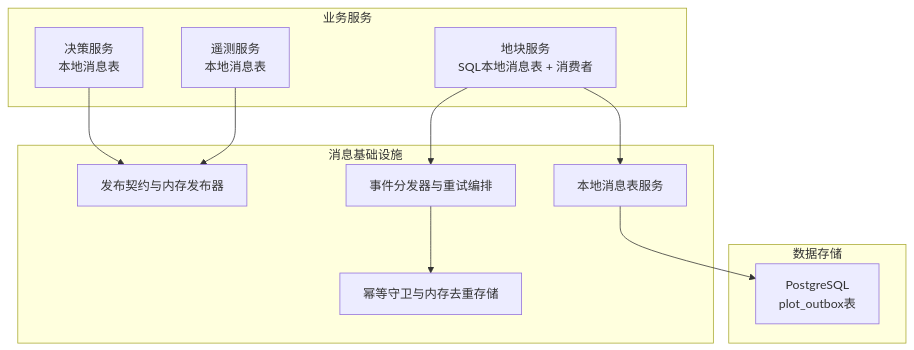
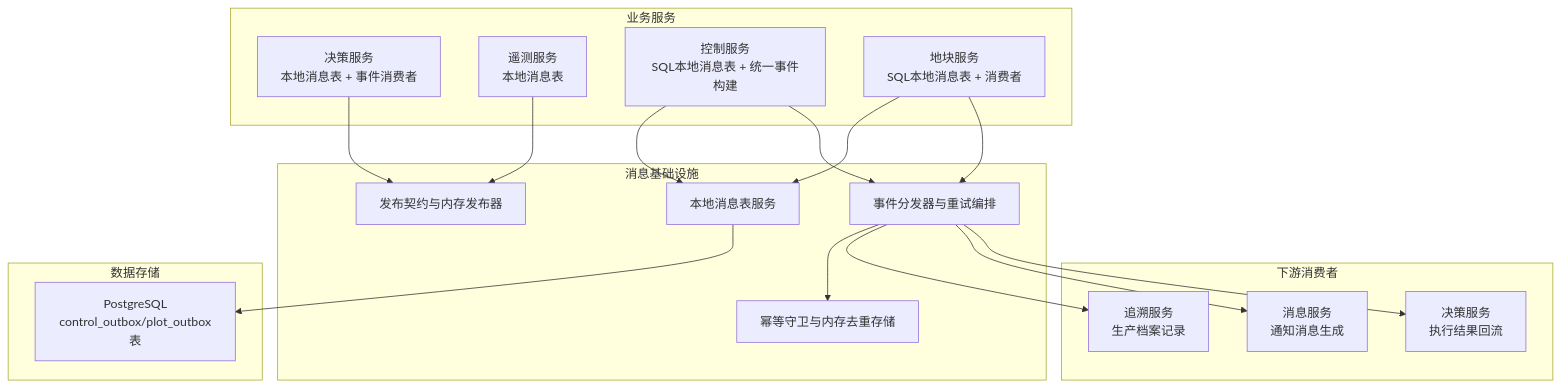
Before and after one commit to q446328246/agri-platform: the first of 20 diagrams in .qoder/repowiki/zh/content/架构设计/事件驱动架构/事件驱动架构.md, drawn with Mermaid. The commit also changed other lines of this file and 35 other files, not shown here.

````diff
--- a/.qoder/repowiki/zh/content/架构设计/事件驱动架构/事件驱动架构.md
+++ b/.qoder/repowiki/zh/content/架构设计/事件驱动架构/事件驱动架构.md
@@ -66,23 +78,34 @@
 ```mermaid
 graph TB
 subgraph "业务服务"
-DEC["决策服务<br/>本地消息表"]
+DEC["决策服务<br/>本地消息表 + 事件消费者"]
 TEL["遥测服务<br/>本地消息表"]
+CTRL["控制服务<br/>SQL本地消息表 + 统一事件构建"]
 PLOT["地块服务<br/>SQL本地消息表 + 消费者"]
+end
+subgraph "下游消费者"
+TRACE["追溯服务<br/>生产档案记录"]
+MSG["消息服务<br/>通知消息生成"]
+DEC_CONS["决策服务<br/>执行结果回流"]
 end
 subgraph "消息基础设施"
 MQ_TYPES["发布契约与内存发布器"]
 IDEM["幂等守卫与内存去重存储"]
 DISPATCH["事件分发器与重试编排"]
 OUTBOX["本地消息表服务"]
 end
 subgraph "数据存储"
-DB["PostgreSQL<br/>plot_outbox表"]
+DB["PostgreSQL<br/>control_outbox/plot_outbox表"]
 end
 DEC --> MQ_TYPES
 TEL --> MQ_TYPES
+CTRL --> OUTBOX
 PLOT --> OUTBOX
 OUTBOX --> DB
+CTRL --> DISPATCH
 PLOT --> DISPATCH
 DISPATCH --> IDEM
+DISPATCH --> TRACE
+DISPATCH --> MSG
+DISPATCH --> DEC_CONS
 ```
````
